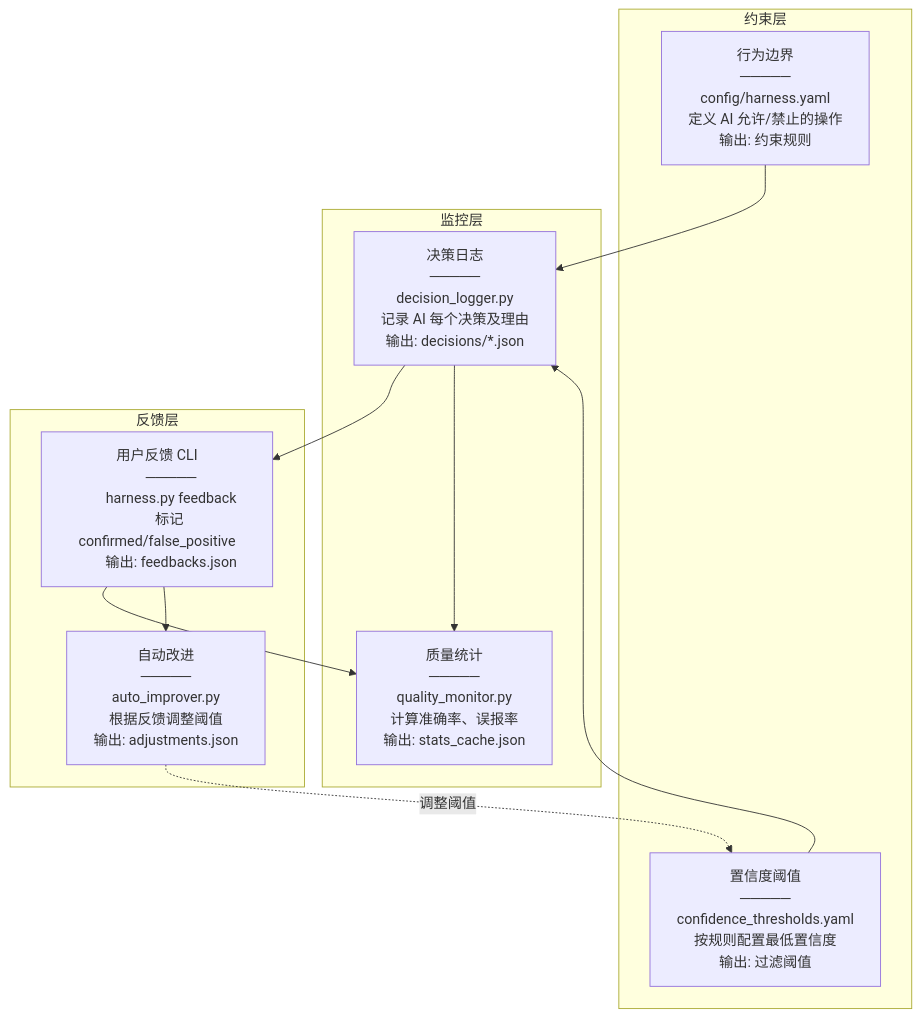
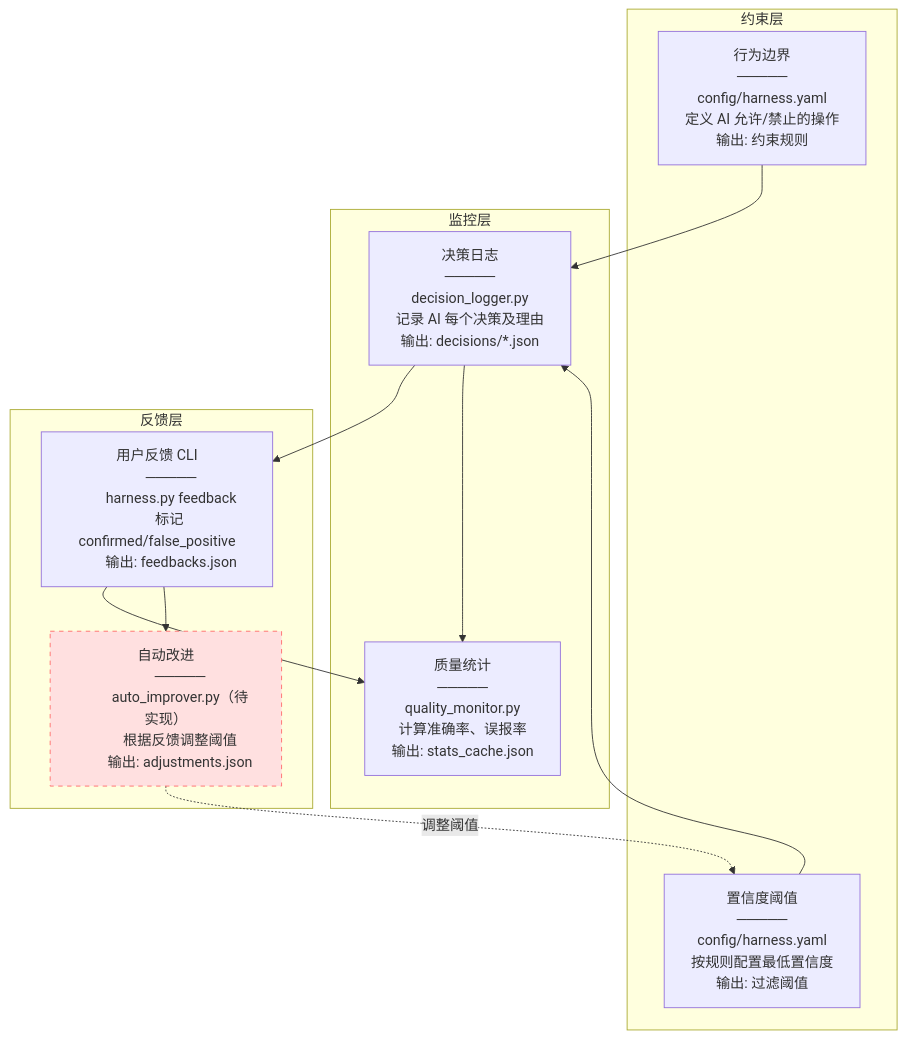
Before and after one commit to christinkaka/code-review-skill: the second of 4 diagrams in docs/ai-review.md, drawn with Mermaid. The commit also changed other lines of this file and 23 other files, not shown here.

````diff
--- a/docs/ai-review.md
+++ b/docs/ai-review.md
@@ -157,49 +157,50 @@
 ```mermaid
 flowchart TB
     subgraph 约束层["约束层"]
         C1["行为边界
         ─────
         config/harness.yaml
         定义 AI 允许/禁止的操作
         输出: 约束规则"]
         C2["置信度阈值
         ─────
-        confidence_thresholds.yaml
+        config/harness.yaml
         按规则配置最低置信度
         输出: 过滤阈值"]
     end
 
     subgraph 监控层["监控层"]
         M1["决策日志
         ─────
         decision_logger.py
         记录 AI 每个决策及理由
         输出: decisions/*.json"]
         M2["质量统计
         ─────
         quality_monitor.py
         计算准确率、误报率
         输出: stats_cache.json"]
     end
 
     subgraph 反馈层["反馈层"]
         F1["用户反馈 CLI
         ─────
         harness.py feedback
         标记 confirmed/false_positive
         输出: feedbacks.json"]
         F2["自动改进
         ─────
-        auto_improver.py
+        auto_improver.py（待实现）
         根据反馈调整阈值
         输出: adjustments.json"]
     end
+    style F2 fill:#ffe0e0,stroke:#ff6b6b,stroke-dasharray: 5 5
 
     C1 --> M1
     C2 --> M1
     M1 --> F1
     M1 --> M2
     F1 --> M2
     F1 --> F2
     F2 -.->|调整阈值| C2
 ```
````
